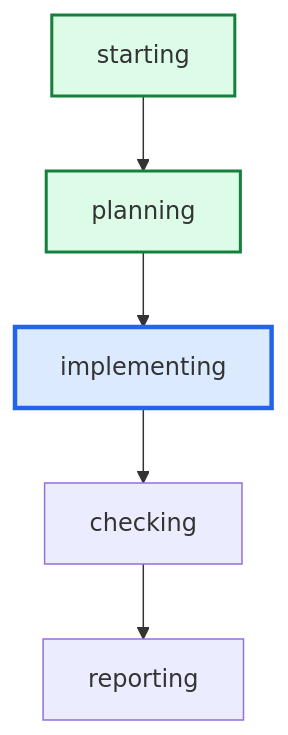
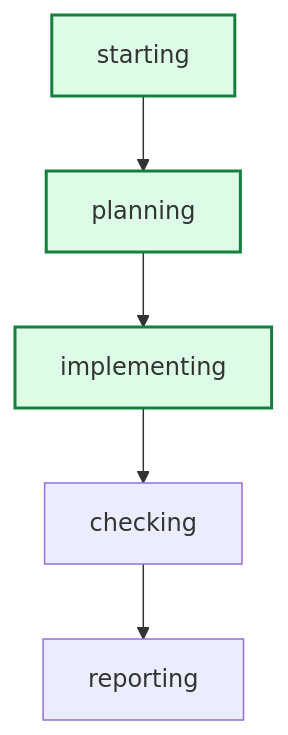
The diagram in runs/traps-pit-of-spikes-42-r1/graph.mmd (daniell0gda/hermes-feature-check-dashboard), drawn with Mermaid before and after one commit. The commit also changed 17 other files, not shown here.

```diff
--- a/runs/traps-pit-of-spikes-42-r1/graph.mmd
+++ b/runs/traps-pit-of-spikes-42-r1/graph.mmd
@@ -1,12 +1,12 @@
 graph TD
     starting --> planning
     planning --> implementing
     implementing --> checking
     checking --> reporting
 
 classDef done fill:#dcfce7,stroke:#15803d,stroke-width:2px;
 classDef active fill:#dbeafe,stroke:#2563eb,stroke-width:3px;
 classDef failed fill:#fee2e2,stroke:#b42318,stroke-width:2px;
-class implementing active;
+class implementing done;
 class planning done;
 class starting done;
```
